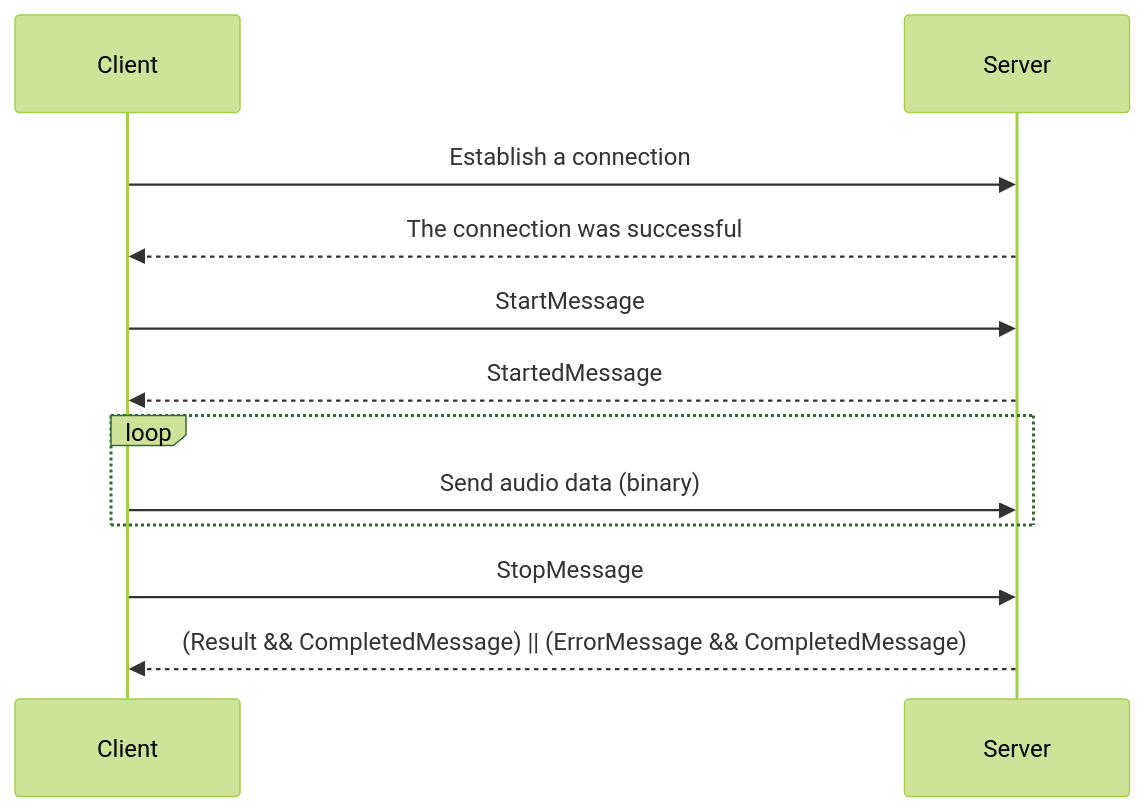
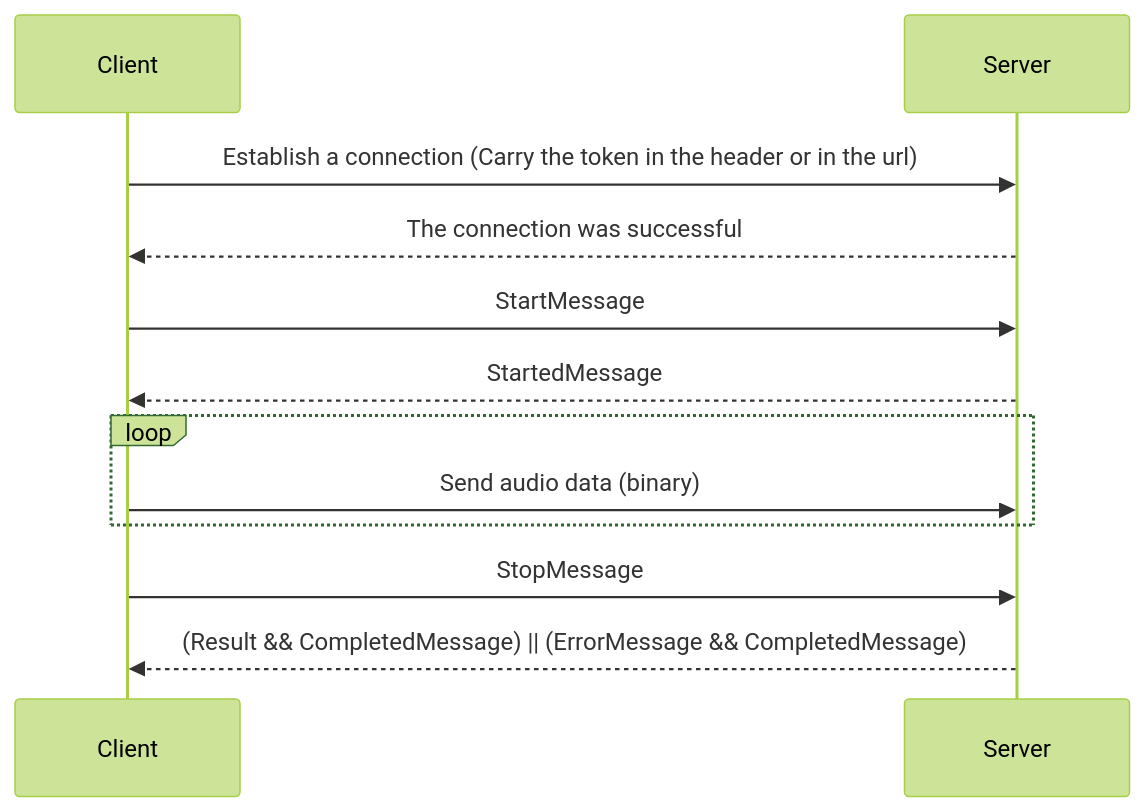
The diagram in content/setup/usage/ws.md (KevinKaul/KevinKaul.github.io), drawn with Mermaid (forest theme) before and after one commit. The commit also changed 3 other files, not shown here.

```diff
--- a/content/setup/usage/ws.md
+++ b/content/setup/usage/ws.md
@@ -8,12 +8,12 @@
 {{< mermaid >}}
 sequenceDiagram
-Client->>Server: Establish a connection
+Client->>Server: Establish a connection (Carry the token in the header or in the url)
 Server-->>Client: The connection was successful
 Client->>Server: StartMessage
 Server-->>Client: StartedMessage
 loop 
 Client->>Server: Send audio data (binary)
 end
 Client->>Server: StopMessage
 Server-->>Client:  (Result &&  CompletedMessage) ||  (ErrorMessage &&  CompletedMessage)
 {{< /mermaid >}}
```
